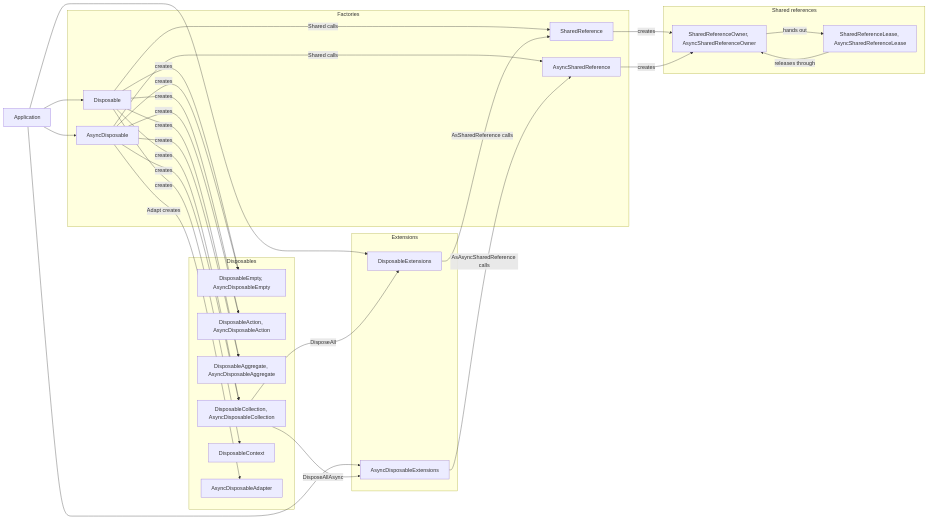
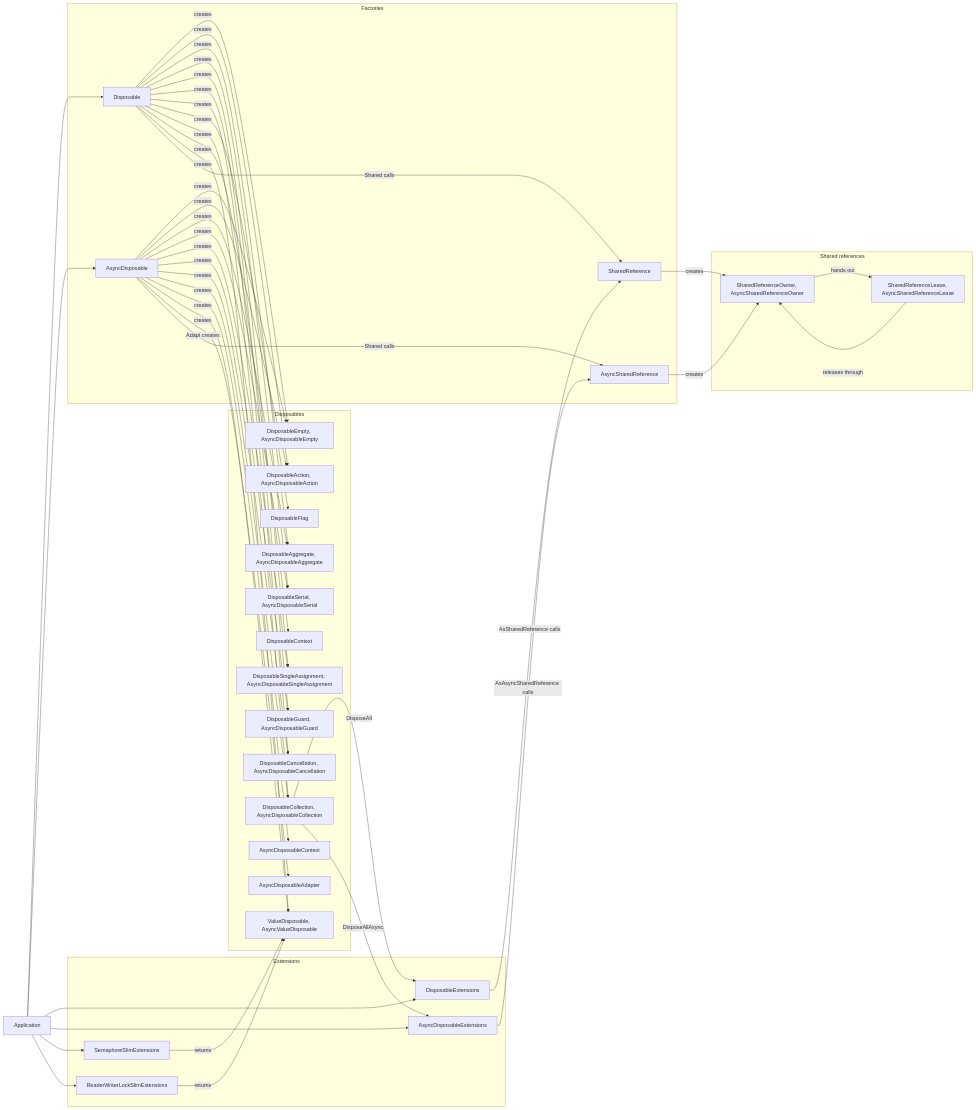
The diagram in docs/architecture.md (NCodeGroup/NCode.Disposables), drawn with Mermaid before and after one commit. The commit also changed other lines of this file, not shown here.

Commit message:
Plan step 46: Update the architecture document

````diff
--- a/docs/architecture.md
+++ b/docs/architecture.md
@@ -15,55 +15,80 @@
 ```mermaid
 flowchart LR
     APP[Application]
 
     subgraph factories["Factories"]
         D[Disposable]
         AD[AsyncDisposable]
         SR[SharedReference]
         ASR[AsyncSharedReference]
     end
 
     subgraph disposables["Disposables"]
         EMPTY["DisposableEmpty, AsyncDisposableEmpty"]
         ACT["DisposableAction, AsyncDisposableAction"]
         AGG["DisposableAggregate, AsyncDisposableAggregate"]
         COL["DisposableCollection, AsyncDisposableCollection"]
+        SER["DisposableSerial, AsyncDisposableSerial"]
+        SGL["DisposableSingleAssignment, AsyncDisposableSingleAssignment"]
+        GRD["DisposableGuard, AsyncDisposableGuard"]
+        CAN["DisposableCancellation, AsyncDisposableCancellation"]
+        FLG[DisposableFlag]
         CTX[DisposableContext]
+        ACTX[AsyncDisposableContext]
         ADP[AsyncDisposableAdapter]
+        VAL["ValueDisposable, AsyncValueDisposable"]
     end
 
     subgraph shared["Shared references"]
         OWN["SharedReferenceOwner, AsyncSharedReferenceOwner"]
         LEASE["SharedReferenceLease, AsyncSharedReferenceLease"]
     end
 
     subgraph ext["Extensions"]
         DE[DisposableExtensions]
         ADE[AsyncDisposableExtensions]
+        SSE[SemaphoreSlimExtensions]
+        RWE[ReaderWriterLockSlimExtensions]
     end
 
     APP --> D
     APP --> AD
     APP --> DE
     APP --> ADE
+    APP --> SSE
+    APP --> RWE
     D -->|creates| EMPTY
     D -->|creates| ACT
     D -->|creates| AGG
+    D -->|creates| SER
+    D -->|creates| SGL
+    D -->|creates| GRD
+    D -->|creates| CAN
+    D -->|creates| FLG
     D -->|creates| COL
     D -->|creates| CTX
+    D -->|creates| VAL
     D -->|Shared calls| SR
     AD -->|creates| EMPTY
     AD -->|creates| ACT
     AD -->|creates| AGG
+    AD -->|creates| SER
+    AD -->|creates| SGL
+    AD -->|creates| GRD
+    AD -->|creates| CAN
     AD -->|creates| COL
+    AD -->|creates| ACTX
+    AD -->|creates| VAL
     AD -->|Adapt creates| ADP
     AD -->|Shared calls| ASR
     SR -->|creates| OWN
     ASR -->|creates| OWN
     OWN -->|hands out| LEASE
     LEASE -->|releases through| OWN
     COL -->|DisposeAll| DE
     COL -->|DisposeAllAsync| ADE
     DE -->|AsSharedReference calls| SR
     ADE -->|AsAsyncSharedReference calls| ASR
+    SSE -->|returns| VAL
+    RWE -->|returns| VAL
 ```
````
